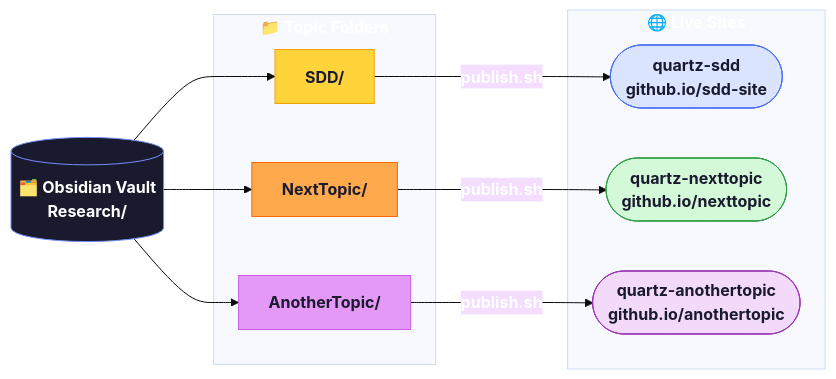
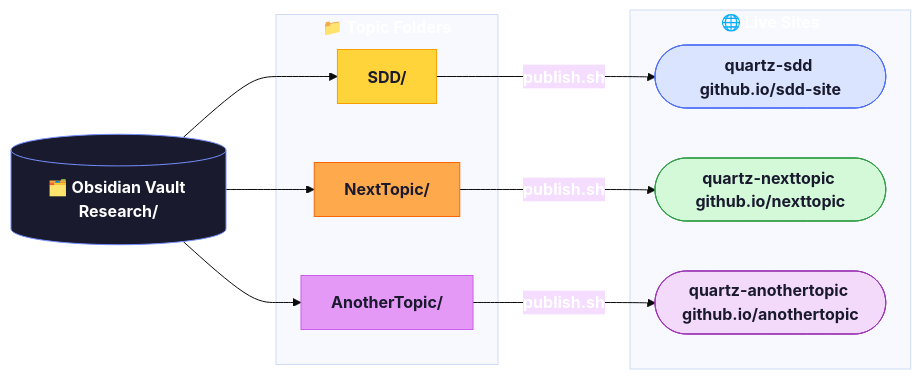
One commit to VenkateshDas/obsidian-quartz-site changed the sixth of 7 diagrams in content/Idea to Published Research (Obsidian + Quartz Workflow).md. Above: the diagram before and after it, drawn with Mermaid (base theme). The commit also changed other lines of this file and 2 other files, not shown here.

Commit message:
sync: Obsidian → Quartz · 2026-03-26 22:44

````diff
--- a/content/Idea to Published Research (Obsidian + Quartz Workflow).md
+++ b/content/Idea to Published Research (Obsidian + Quartz Workflow).md
@@ -288,29 +294,29 @@
 ```mermaid
 flowchart LR
-    VAULT[("🗂️ Obsidian Vault\nResearch/")]:::root
+    VAULT[("🗂️ Obsidian Vault Research/")]:::root
 
     subgraph TOPICS ["📁 Topic Folders"]
         S1["SDD/"]:::t1
         S2["NextTopic/"]:::t2
         S3["AnotherTopic/"]:::t3
     end
 
     subgraph SITES ["🌐 Live Sites"]
-        R1(["quartz-sdd\ngithub.io/sdd-site"]):::s1
-        R2(["quartz-nexttopic\ngithub.io/nexttopic"]):::s2
-        R3(["quartz-anothertopic\ngithub.io/anothertopic"]):::s3
+        R1(["quartz-sdd github.io/sdd-site"]):::s1
+        R2(["quartz-nexttopic github.io/nexttopic"]):::s2
+        R3(["quartz-anothertopic github.io/anothertopic"]):::s3
     end
 
     VAULT --> S1 & S2 & S3
     S1 -->|"publish.sh"| R1
     S2 -->|"publish.sh"| R2
     S3 -->|"publish.sh"| R3
 
     classDef root fill:#1a1a2e,stroke:#748ffc,color:#fff,font-weight:bold
     classDef t1   fill:#ffd43b,stroke:#f59f00,color:#1a1a2e
     classDef t2   fill:#ffa94d,stroke:#f76707,color:#1a1a2e
     classDef t3   fill:#e599f7,stroke:#cc5de8,color:#1a1a2e
     classDef s1   fill:#dbe4ff,stroke:#4c6ef5,color:#1a1a2e,font-weight:bold
     classDef s2   fill:#d3f9d8,stroke:#2f9e44,color:#1a1a2e,font-weight:bold
     classDef s3   fill:#f3d9fa,stroke:#9c36b5,color:#1a1a2e,font-weight:bold
 ```
````
